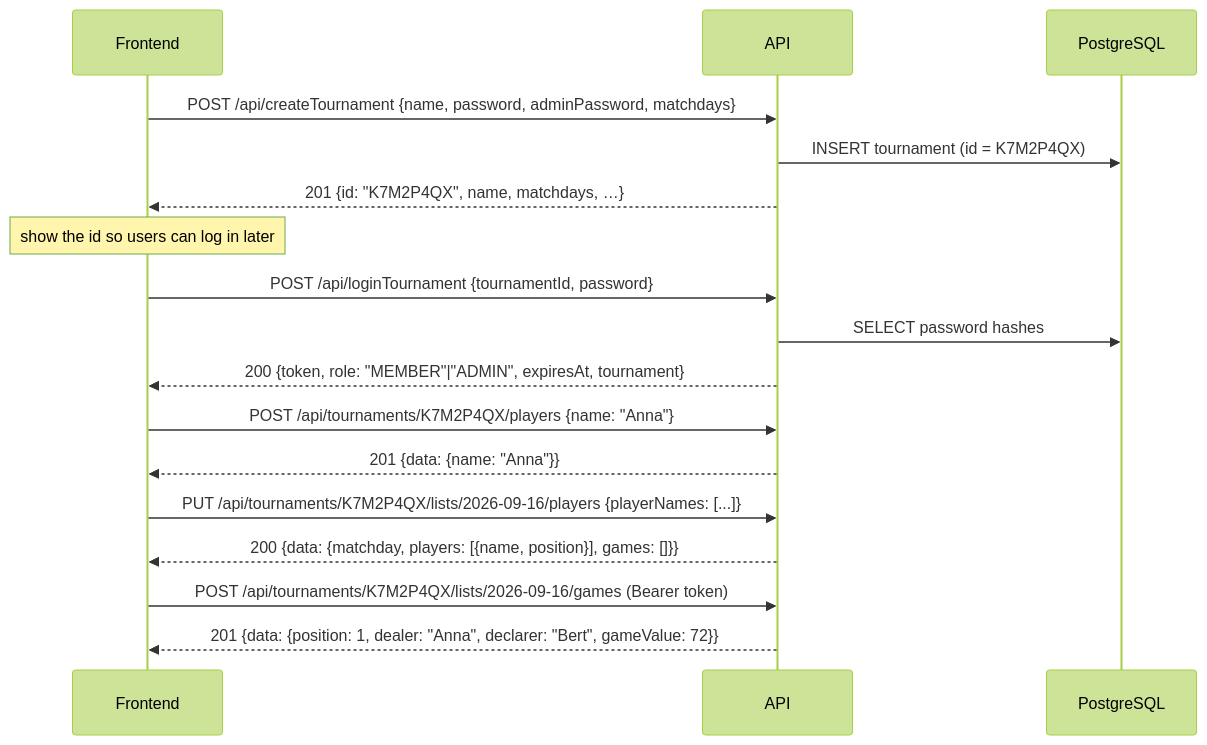
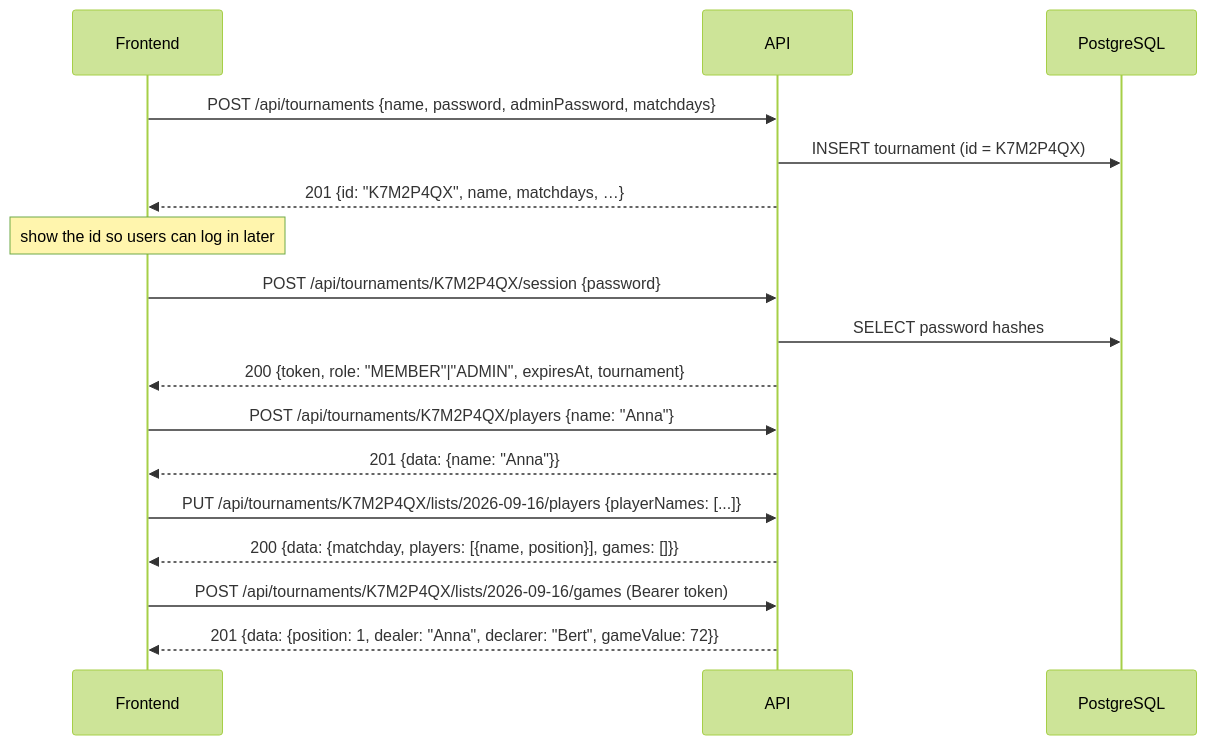
The diagram in backend/README.md (TropicLegend/skatis), drawn with Mermaid (forest theme) before and after one commit. The commit also changed other lines of this file and 22 other files, not shown here.

````diff
--- a/backend/README.md
+++ b/backend/README.md
@@ -93,20 +95,20 @@
 ```mermaid
 sequenceDiagram
     participant F as Frontend
     participant A as API
     participant D as PostgreSQL
 
-    F->>A: POST /api/createTournament {name, password, adminPassword, matchdays}
+    F->>A: POST /api/tournaments {name, password, adminPassword, matchdays}
     A->>D: INSERT tournament (id = K7M2P4QX)
     A-->>F: 201 {id: "K7M2P4QX", name, matchdays, …}
     Note over F: show the id so users can log in later
-    F->>A: POST /api/loginTournament {tournamentId, password}
+    F->>A: POST /api/tournaments/K7M2P4QX/session {password}
     A->>D: SELECT password hashes
     A-->>F: 200 {token, role: "MEMBER"|"ADMIN", expiresAt, tournament}
     F->>A: POST /api/tournaments/K7M2P4QX/players {name: "Anna"}
     A-->>F: 201 {data: {name: "Anna"}}
     F->>A: PUT /api/tournaments/K7M2P4QX/lists/2026-09-16/players {playerNames: [...]}
     A-->>F: 200 {data: {matchday, players: [{name, position}], games: []}}
     F->>A: POST /api/tournaments/K7M2P4QX/lists/2026-09-16/games (Bearer token)
     A-->>F: 201 {data: {position: 1, dealer: "Anna", declarer: "Bert", gameValue: 72}}
 ```
````
